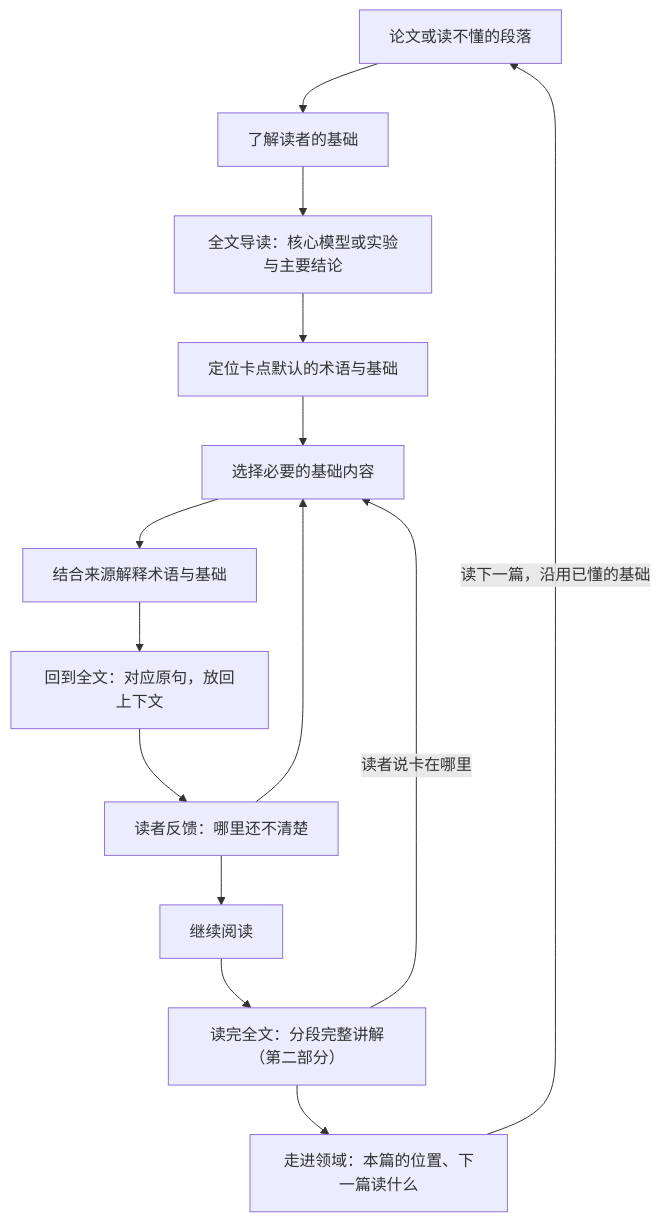
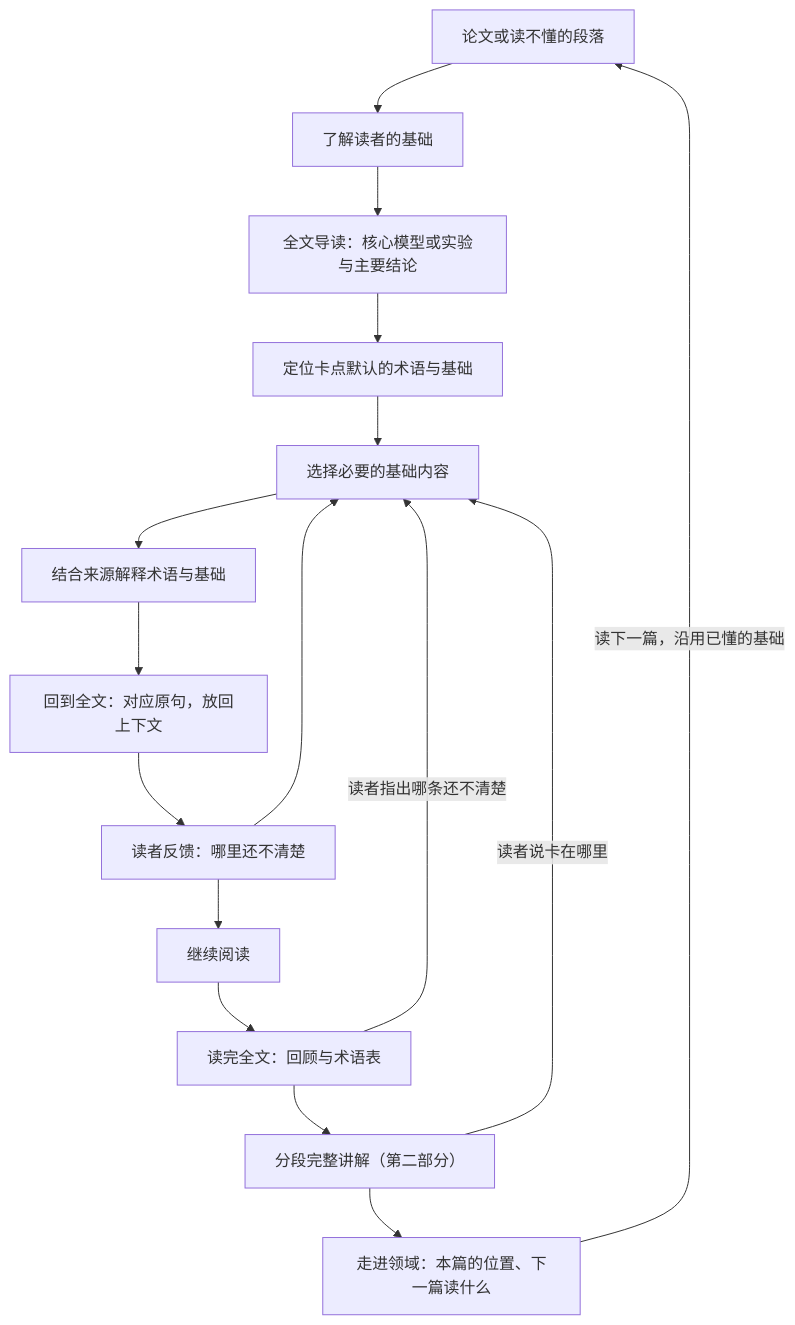
The diagram in README.zh-CN.md (relativity143/an-agent-for-paper-reading), drawn with Mermaid before and after one commit. The commit also changed other lines of this file and 2 other files, not shown here.

````diff
--- a/README.zh-CN.md
+++ b/README.zh-CN.md
@@ -78,16 +80,18 @@
 ```mermaid
 flowchart TD
     A[论文或读不懂的段落] --> C[了解读者的基础]
     C --> O[全文导读：核心模型或实验与主要结论]
     O --> B[定位卡点默认的术语与基础]
     B --> D[选择必要的基础内容]
     D --> E[结合来源解释术语与基础]
     E --> F[回到全文：对应原句，放回上下文]
     F --> G[读者反馈：哪里还不清楚]
     G --> D
     G --> H[继续阅读]
-    H --> P[读完全文：分段完整讲解（第二部分）]
+    H --> R[读完全文：回顾与术语表]
+    R -->|读者指出哪条还不清楚| D
+    R --> P[分段完整讲解（第二部分）]
     P -->|读者说卡在哪里| D
     P --> Q[走进领域：本篇的位置、下一篇读什么]
     Q -->|读下一篇，沿用已懂的基础| A
 ```
````
